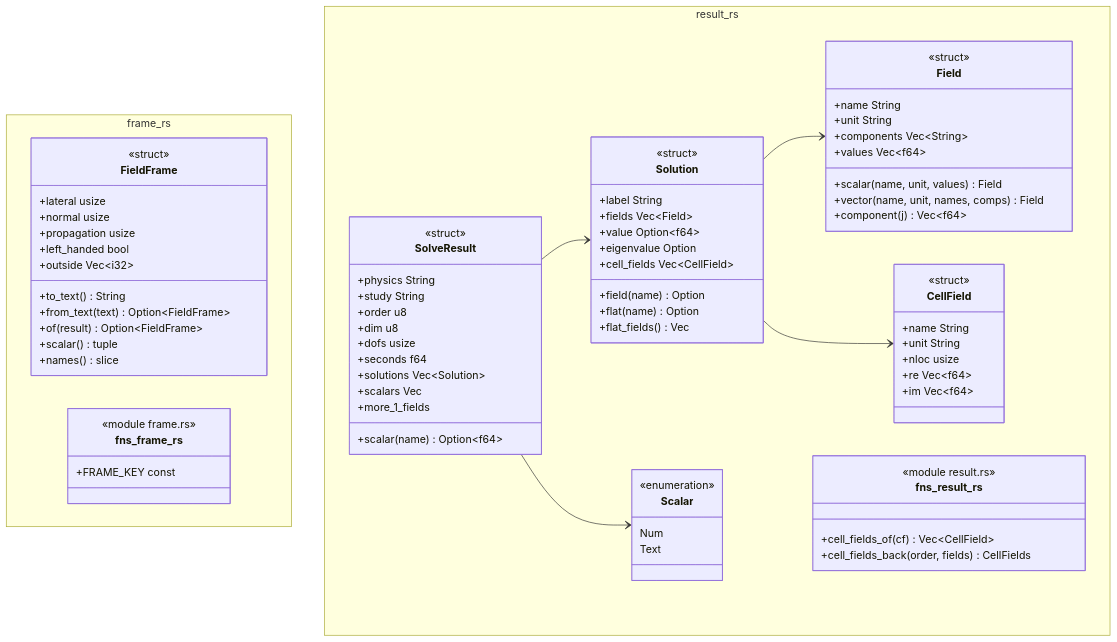
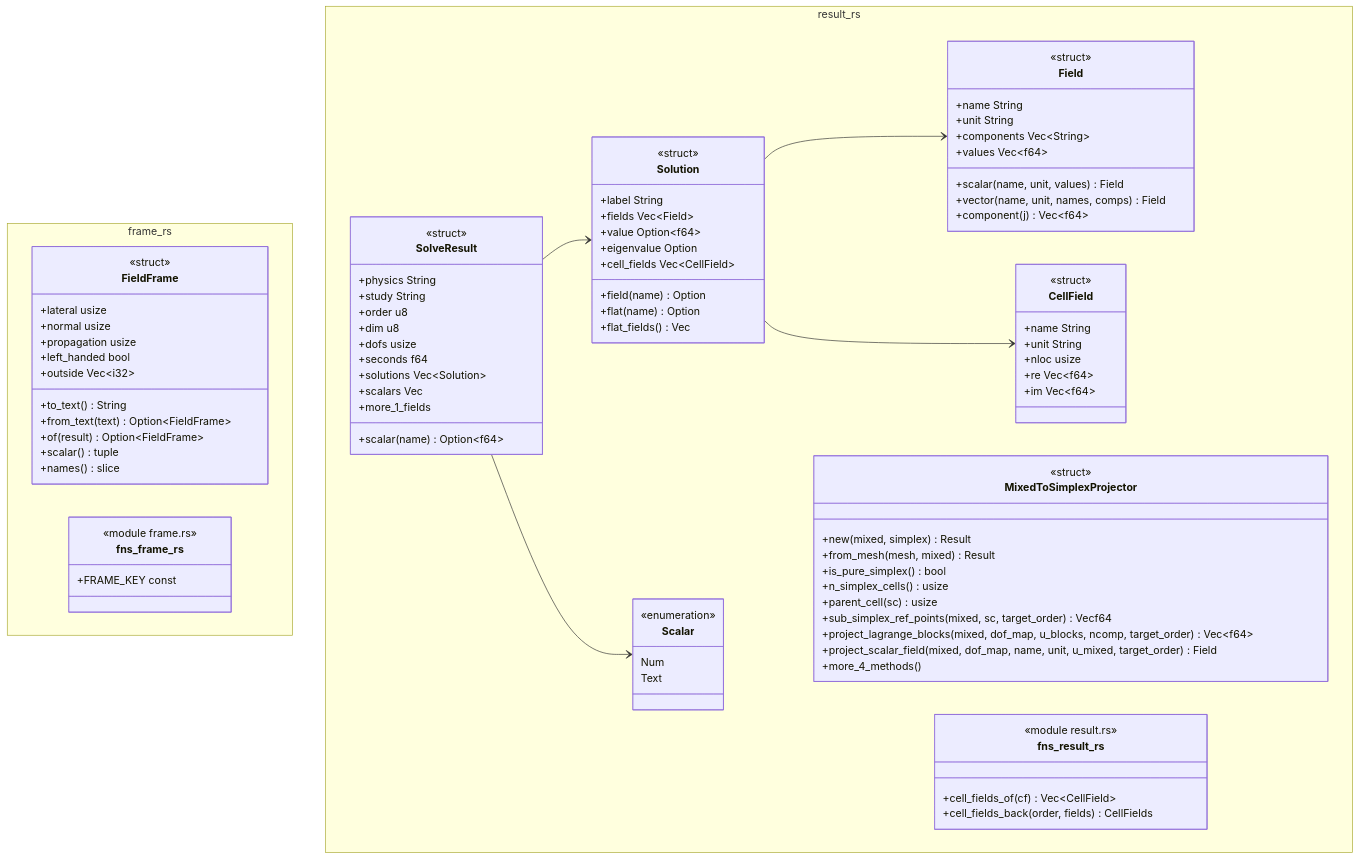
Before and after one commit to p-j-r/nyx: the diagram in docs/architecture/c4/4-code/physics/result.md, drawn with Mermaid. The commit also changed other lines of this file and 110 other files, not shown here.

```diff
--- a/docs/architecture/c4/4-code/physics/result.md
+++ b/docs/architecture/c4/4-code/physics/result.md
@@ -127,6 +131,18 @@
         +more_1_fields
         +scalar(name) Option~f64~
     }
+    class MixedToSimplexProjector {
+        <<struct>>
+        +new(mixed, simplex) Result
+        +from_mesh(mesh, mixed) Result
+        +is_pure_simplex() bool
+        +n_simplex_cells() usize
+        +parent_cell(sc) usize
+        +sub_simplex_ref_points(mixed, sc, target_order) Vecf64
+        +project_lagrange_blocks(mixed, dof_map, u_blocks, ncomp, target_order) Vec~f64~
+        +project_scalar_field(mixed, dof_map, name, unit, u_mixed, target_order) Field
+        +more_4_methods()
+    }
     class fns_result_rs {
         <<module result.rs>>
         +cell_fields_of(cf) Vec~CellField~
```
